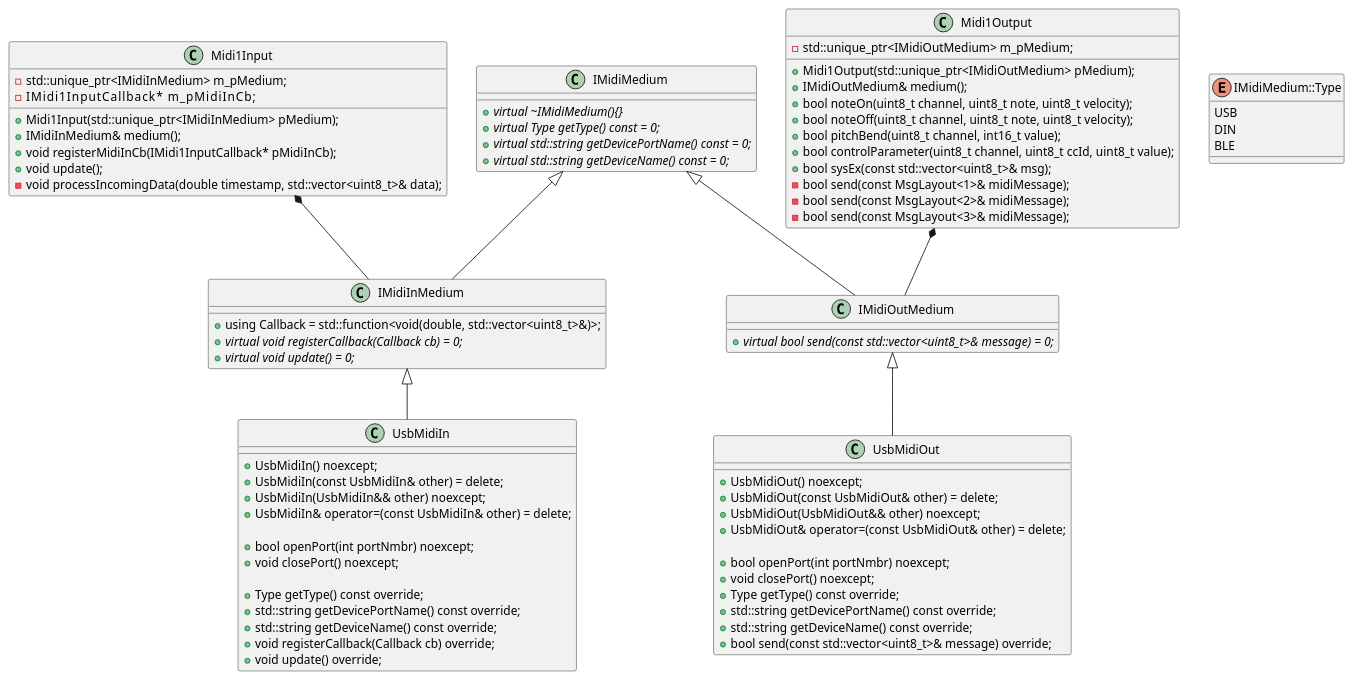
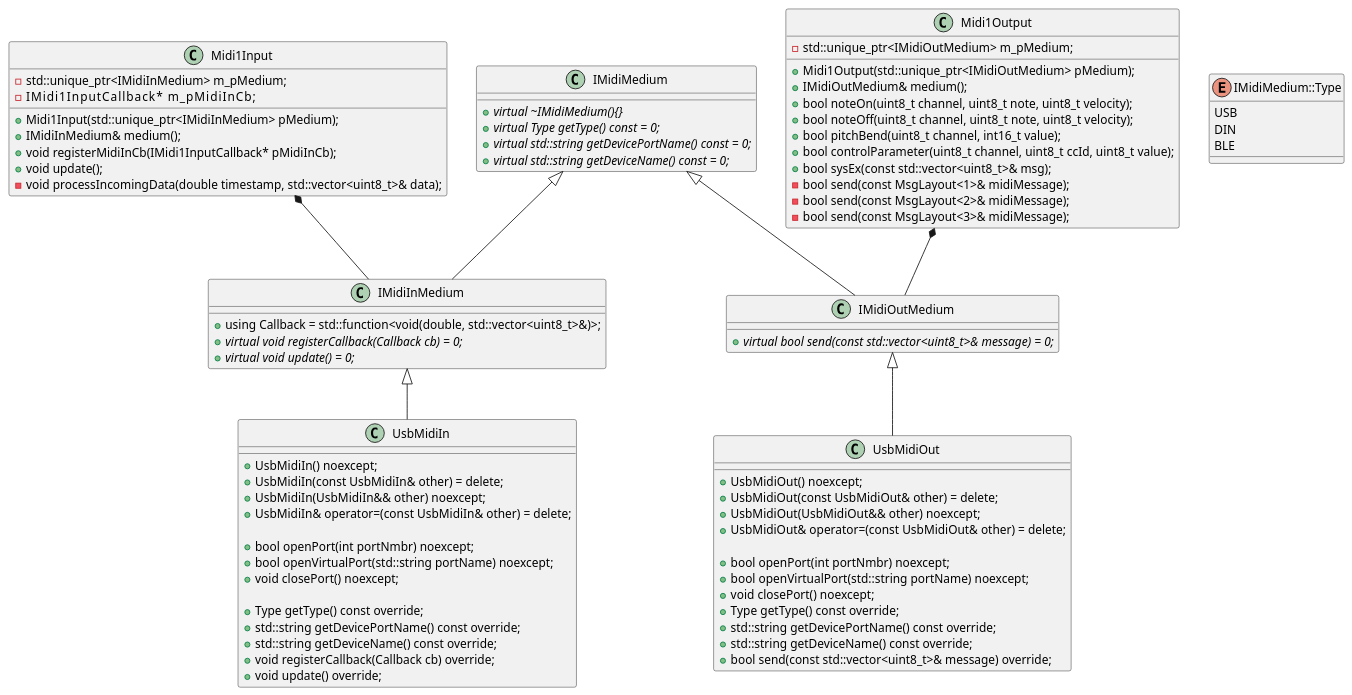
The diagram in class-diagram.puml (dliess/Midi), drawn with PlantUML before and after one commit. The commit also changed 4 other files, not shown here.

Commit message:
added virtual port wrapper

```diff
--- a/class-diagram.puml
+++ b/class-diagram.puml
@@ -1,96 +1,98 @@
 @startuml
 
 class Midi1Input
 {
     +Midi1Input(std::unique_ptr<IMidiInMedium> pMedium);
     +IMidiInMedium& medium();
     +void registerMidiInCb(IMidi1InputCallback* pMidiInCb);
     +void update();
     -std::unique_ptr<IMidiInMedium> m_pMedium;
     -IMidi1InputCallback*           m_pMidiInCb;
     -void processIncomingData(double timestamp, std::vector<uint8_t>& data);
 }
 
 class Midi1Output
 {
     +Midi1Output(std::unique_ptr<IMidiOutMedium> pMedium);
     +IMidiOutMedium& medium();
     +bool noteOn(uint8_t channel, uint8_t note, uint8_t velocity);
     +bool noteOff(uint8_t channel, uint8_t note, uint8_t velocity);
     +bool pitchBend(uint8_t channel, int16_t value);
     +bool controlParameter(uint8_t channel, uint8_t ccId, uint8_t value);
     +bool sysEx(const std::vector<uint8_t>& msg);
     -std::unique_ptr<IMidiOutMedium> m_pMedium;
     -bool send(const MsgLayout<1>& midiMessage);
     -bool send(const MsgLayout<2>& midiMessage);
     -bool send(const MsgLayout<3>& midiMessage);
 }
 
 enum IMidiMedium::Type
 {
     USB
     DIN
     BLE
 }
 
 class IMidiMedium
 {
     +{abstract}virtual ~IMidiMedium(){}
     +{abstract}virtual Type getType() const = 0;
     +{abstract}virtual std::string getDevicePortName() const = 0;
     +{abstract}virtual std::string getDeviceName() const = 0;
 }
 
 class IMidiInMedium
 {
     +using Callback = std::function<void(double, std::vector<uint8_t>&)>;
     +{abstract}virtual void registerCallback(Callback cb) = 0;
     +{abstract}virtual void update() = 0;
 }
 
 class IMidiOutMedium
 {
     +{abstract}virtual bool send(const std::vector<uint8_t>& message) = 0;
 }
 
 class UsbMidiIn
 {
     +UsbMidiIn() noexcept;
     +UsbMidiIn(const UsbMidiIn& other) = delete;
     +UsbMidiIn(UsbMidiIn&& other) noexcept;
     +UsbMidiIn& operator=(const UsbMidiIn& other) = delete;
     
     +bool openPort(int portNmbr) noexcept;
+    +bool openVirtualPort(std::string portName) noexcept;
     +void closePort() noexcept;
 
     +Type getType() const override;
     +std::string getDevicePortName() const override;
     +std::string getDeviceName() const override;
     +void registerCallback(Callback cb) override;
     +void update() override;
 }
 
 class UsbMidiOut
 {
     +UsbMidiOut() noexcept;
     +UsbMidiOut(const UsbMidiOut& other) = delete;
     +UsbMidiOut(UsbMidiOut&& other) noexcept;
     +UsbMidiOut& operator=(const UsbMidiOut& other) = delete;
 
     +bool openPort(int portNmbr) noexcept;
+    +bool openVirtualPort(std::string portName) noexcept;
     +void closePort() noexcept;
     +Type getType() const override;
     +std::string getDevicePortName() const override;
     +std::string getDeviceName() const override;
     +bool send(const std::vector<uint8_t>& message) override;
 }
 
 IMidiMedium <|-- IMidiInMedium
 IMidiMedium <|-- IMidiOutMedium
 IMidiInMedium <|-- UsbMidiIn
 IMidiOutMedium  <|-- UsbMidiOut
 
 Midi1Input *-- IMidiInMedium
 Midi1Output *-- IMidiOutMedium
 
 @enduml
```
